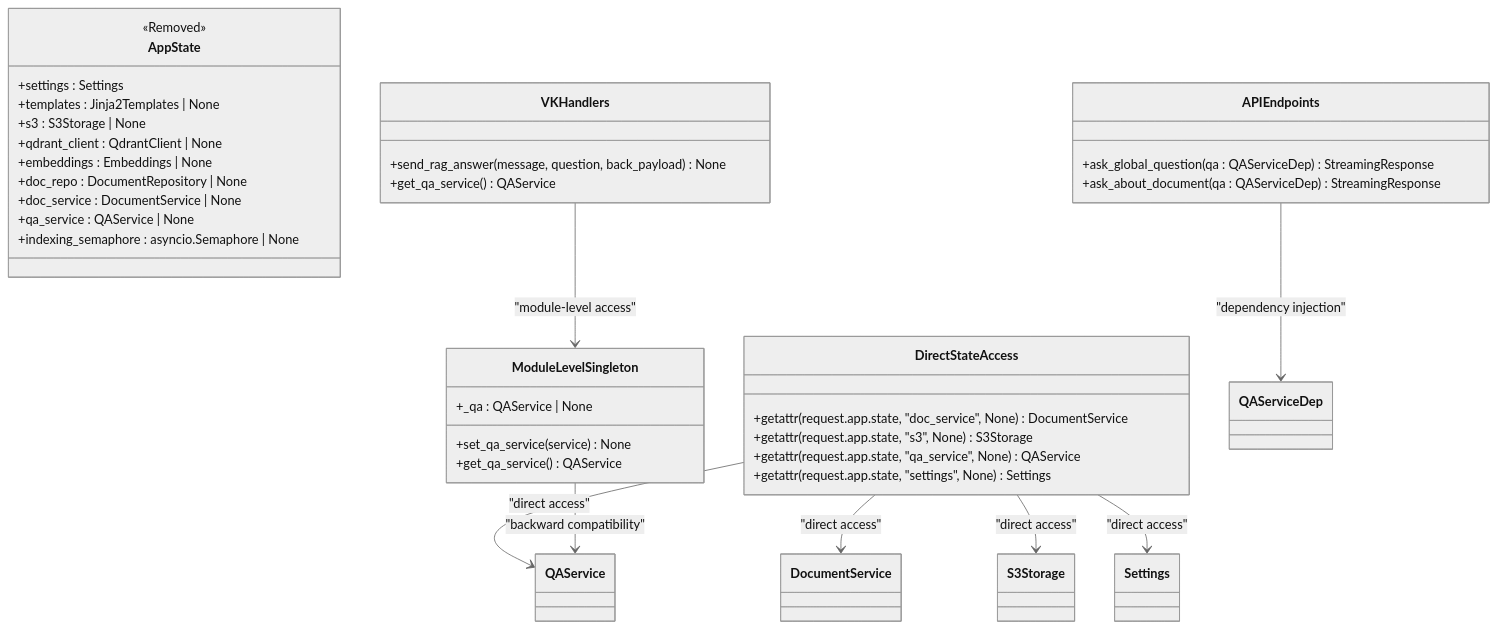
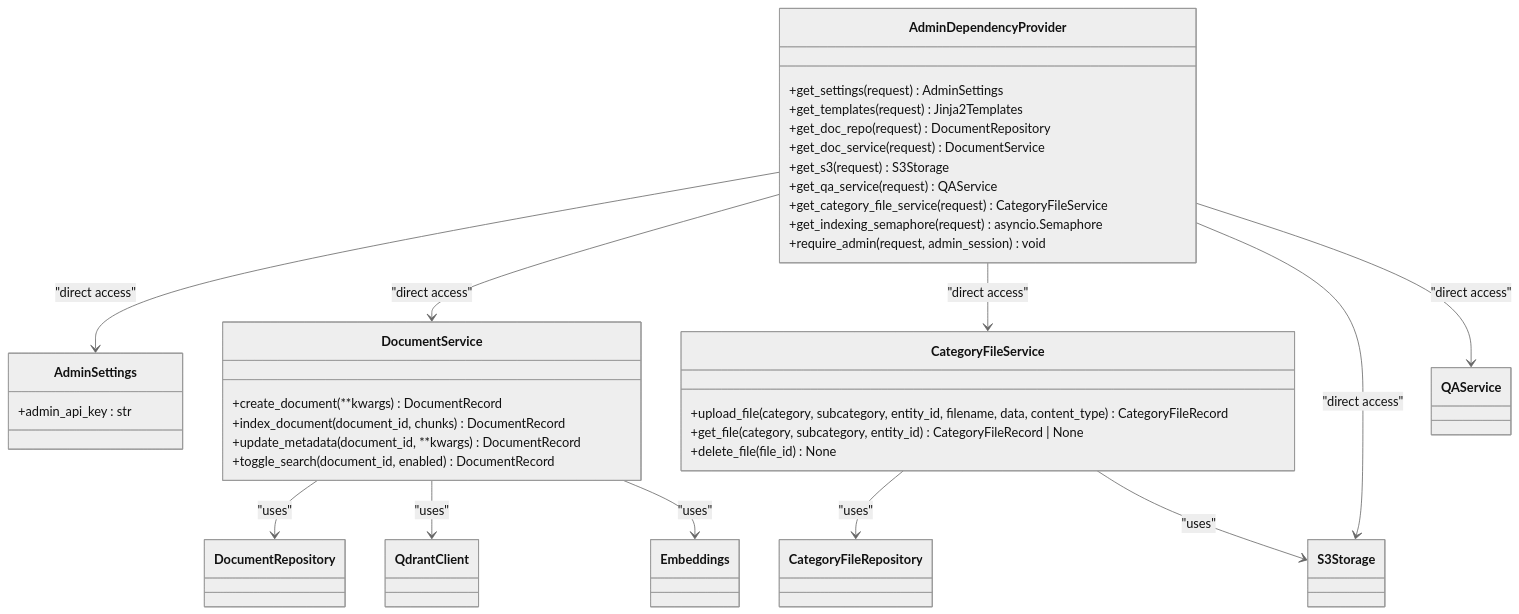
One commit to ognelis/cafetera_hr_bot changed the fourth of 9 diagrams in .qoder/repowiki/en/content/API Reference/Dependency Injection System.md. Above: the diagram before and after it, drawn with Mermaid (neutral theme). The commit also changed other lines of this file and 25 other files, not shown here.

````diff
--- a/.qoder/repowiki/en/content/API Reference/Dependency Injection System.md
+++ b/.qoder/repowiki/en/content/API Reference/Dependency Injection System.md
@@ -314,41 +269,38 @@
 ```mermaid
 classDiagram
-class DirectStateAccess {
-+getattr(request.app.state, "doc_service", None) DocumentService
-+getattr(request.app.state, "s3", None) S3Storage
-+getattr(request.app.state, "qa_service", None) QAService
-+getattr(request.app.state, "settings", None) Settings
+class AdminDependencyProvider {
++get_settings(request) AdminSettings
++get_templates(request) Jinja2Templates
++get_doc_repo(request) DocumentRepository
++get_doc_service(request) DocumentService
++get_s3(request) S3Storage
++get_qa_service(request) QAService
++get_category_file_service(request) CategoryFileService
++get_indexing_semaphore(request) asyncio.Semaphore
++require_admin(request, admin_session) void
 }
-class AppState {
-<<Removed>>
-+settings : Settings
-+templates : Jinja2Templates | None
-+s3 : S3Storage | None
-+qdrant_client : QdrantClient | None
-+embeddings : Embeddings | None
-+doc_repo : DocumentRepository | None
-+doc_service : DocumentService | None
-+qa_service : QAService | None
-+indexing_semaphore : asyncio.Semaphore | None
+class AdminSettings {
++admin_api_key : str
 }
-class ModuleLevelSingleton {
-+_qa : QAService | None
-+set_qa_service(service) None
-+get_qa_service() QAService
+class DocumentService {
++create_document(**kwargs) DocumentRecord
++index_document(document_id, chunks) DocumentRecord
++update_metadata(document_id, **kwargs) DocumentRecord
++toggle_search(document_id, enabled) DocumentRecord
 }
-class APIEndpoints {
-+ask_global_question(qa : QAServiceDep) StreamingResponse
-+ask_about_document(qa : QAServiceDep) StreamingResponse
+class CategoryFileService {
++upload_file(category, subcategory, entity_id, filename, data, content_type) CategoryFileRecord
++get_file(category, subcategory, entity_id) CategoryFileRecord | None
++delete_file(file_id) None
 }
-class VKHandlers {
-+send_rag_answer(message, question, back_payload) None
-+get_qa_service() QAService
-}
-DirectStateAccess --> DocumentService : "direct access"
-DirectStateAccess --> S3Storage : "direct access"
-DirectStateAccess --> QAService : "direct access"
-DirectStateAccess --> Settings : "direct access"
-ModuleLevelSingleton --> QAService : "backward compatibility"
-APIEndpoints --> QAServiceDep : "dependency injection"
-VKHandlers --> ModuleLevelSingleton : "module-level access"
+AdminDependencyProvider --> AdminSettings : "direct access"
+AdminDependencyProvider --> DocumentService : "direct access"
+AdminDependencyProvider --> CategoryFileService : "direct access"
+AdminDependencyProvider --> S3Storage : "direct access"
+AdminDependencyProvider --> QAService : "direct access"
+DocumentService --> DocumentRepository : "uses"
+DocumentService --> QdrantClient : "uses"
+DocumentService --> Embeddings : "uses"
+CategoryFileService --> CategoryFileRepository : "uses"
+CategoryFileService --> S3Storage : "uses"
 ```
````
